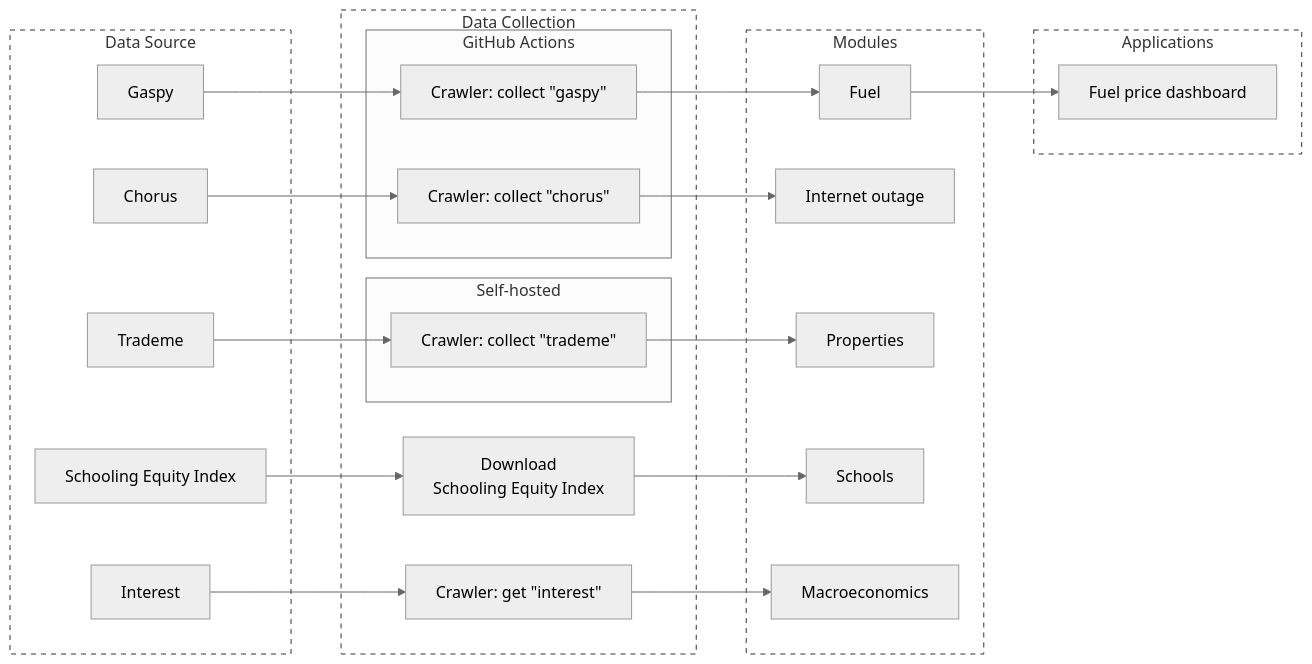
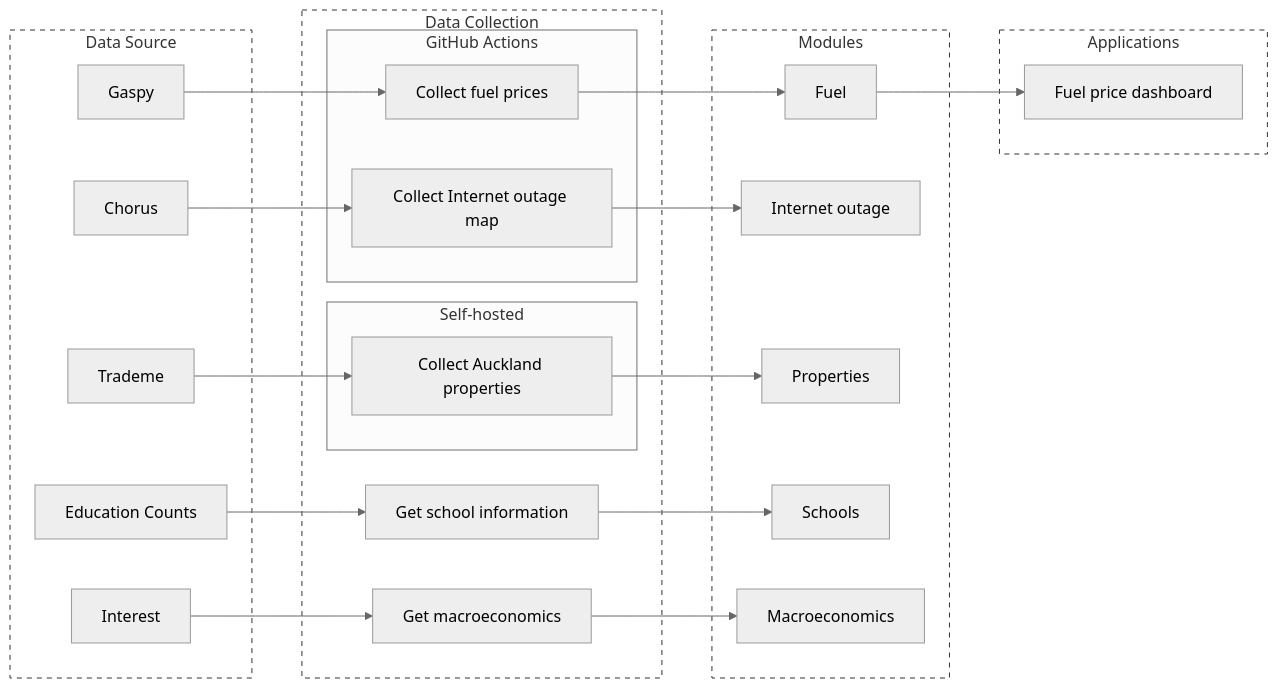
The diagram in doc/site/overview.md (cloudy-sfu/Auckland-house-prices), drawn with Mermaid (neutral theme) before and after one commit. The commit also changed 20 other files, not shown here.

Commit message:
Add school zone information

````diff
--- a/doc/site/overview.md
+++ b/doc/site/overview.md
@@ -3,46 +3,46 @@
 ```mermaid
 graph LR
     subgraph DataSource [Data Source]
         Gaspy
         Chorus
         Trademe
-        EQI["Schooling Equity Index"]
+        EduCounts[Education Counts]
         Interest
     end
 
     subgraph DataCollection [Data Collection]
         subgraph GHA [GitHub Actions]
-            S_Gaspy["Crawler: collect #34;gaspy#34;"]
-            S_Chorus["Crawler: collect #34;chorus#34;"]
+            S_Gaspy[Collect fuel prices]
+            S_Chorus[Collect Internet outage map]
         end
         subgraph SH [Self-hosted]
-        	S_Trademe["Crawler: collect #34;trademe#34;"]
+        	S_Trademe[Collect Auckland properties]
         end
-        S_EQI["Download<br>Schooling Equity Index"]
-        S_interest["Crawler: get #34;interest#34;"]
+        S_schools[Get school information]
+        S_interest[Get macroeconomics]
     end
 
     subgraph Modules [Modules]
         Fuel
         InternetOutage[Internet outage]
         Properties
         Schools
         Macroeconomics
     end
 
     subgraph Applications [Applications]
         Dashboard[Fuel price dashboard]
     end
 
     Gaspy --> S_Gaspy --> Fuel --> Dashboard
     Chorus --> S_Chorus --> InternetOutage
     Trademe --> S_Trademe --> Properties
-    EQI --> S_EQI --> Schools
+    EduCounts --> S_schools --> Schools
     Interest --> S_interest --> Macroeconomics
 
     %% Styling
     style DataSource fill:none,stroke:#333,stroke-dasharray: 5 5
     style DataCollection fill:none,stroke:#333,stroke-dasharray: 5 5
     style Modules fill:none,stroke:#333,stroke-dasharray: 5 5
     style Applications fill:none,stroke:#333,stroke-dasharray: 5 5
 ```
````
